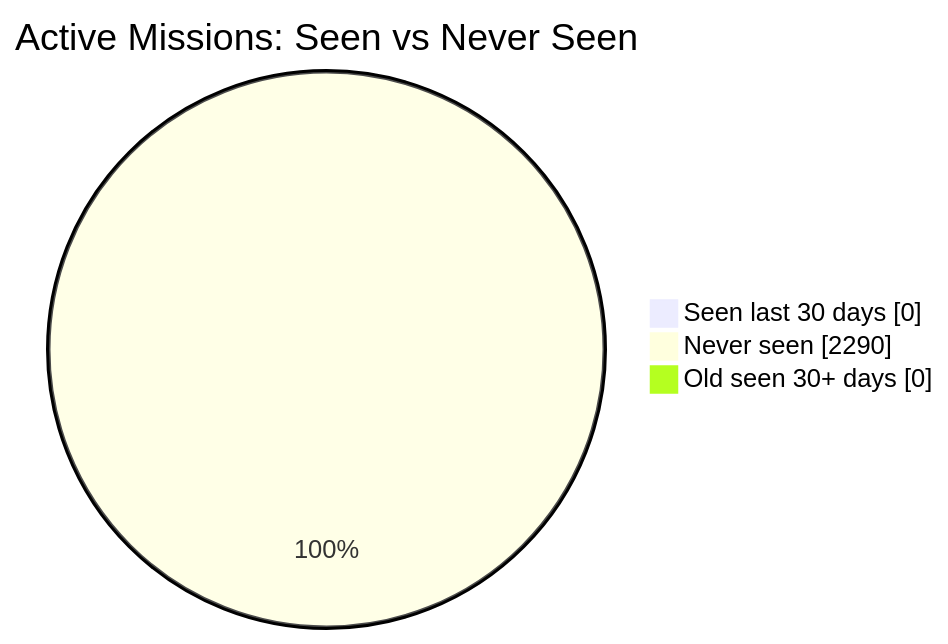
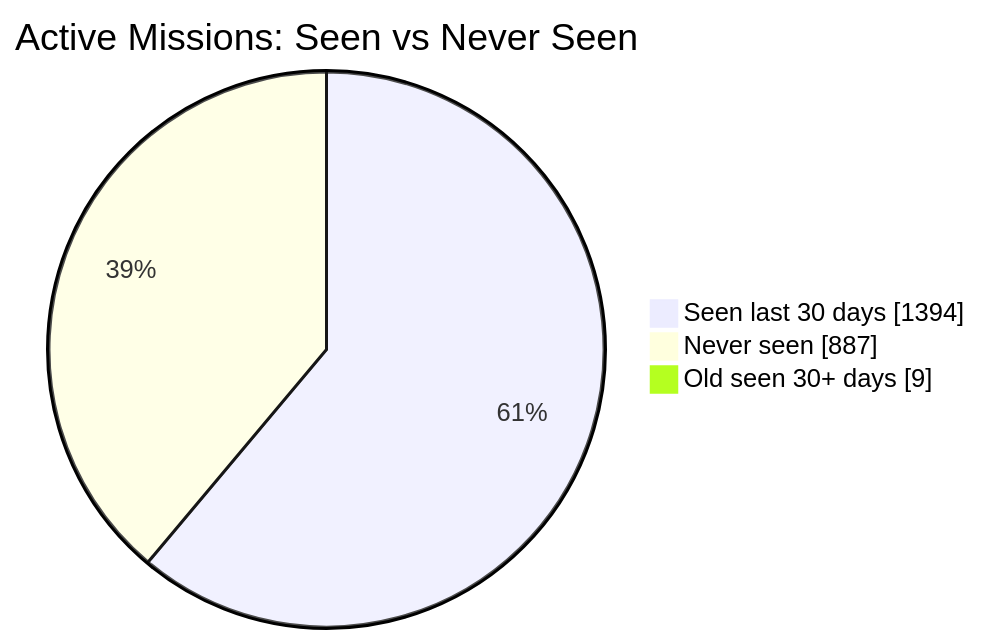
Before and after one commit to MeldkamerspelGameTeam/active-missions: the first of 2 diagrams in README.md, drawn with Mermaid. The commit also changed other lines of this file and 4 other files, not shown here.

````diff
--- a/README.md
+++ b/README.md
@@ -34,7 +34,7 @@
 ```mermaid
 pie showData
     title Active Missions: Seen vs Never Seen
-    "Seen last 30 days" : 0
-    "Never seen" : 2290
-    "Old seen 30+ days" : 0
+    "Seen last 30 days" : 1394
+    "Never seen" : 887
+    "Old seen 30+ days" : 9
 ```
````
